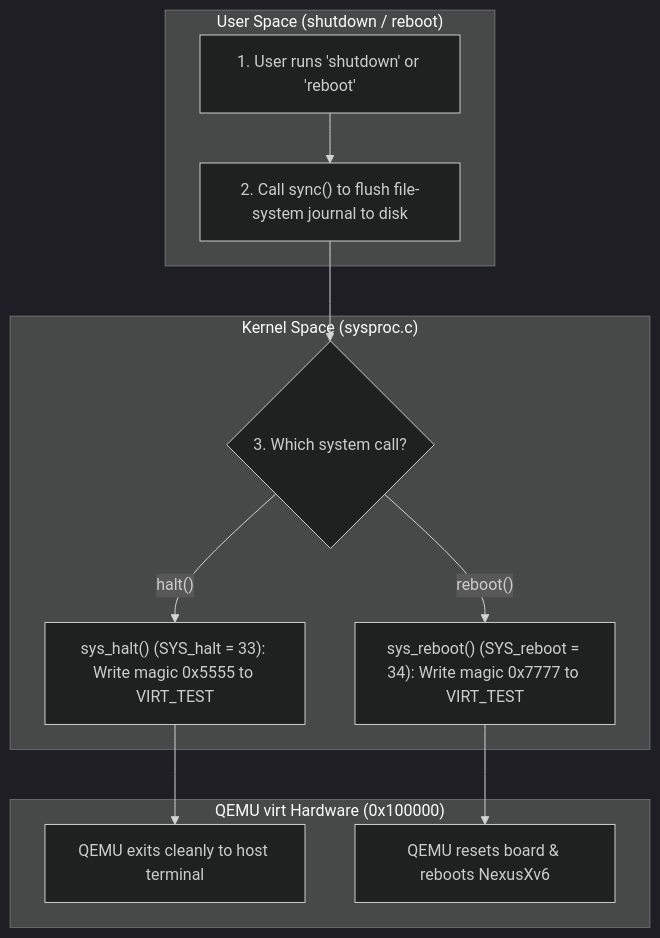
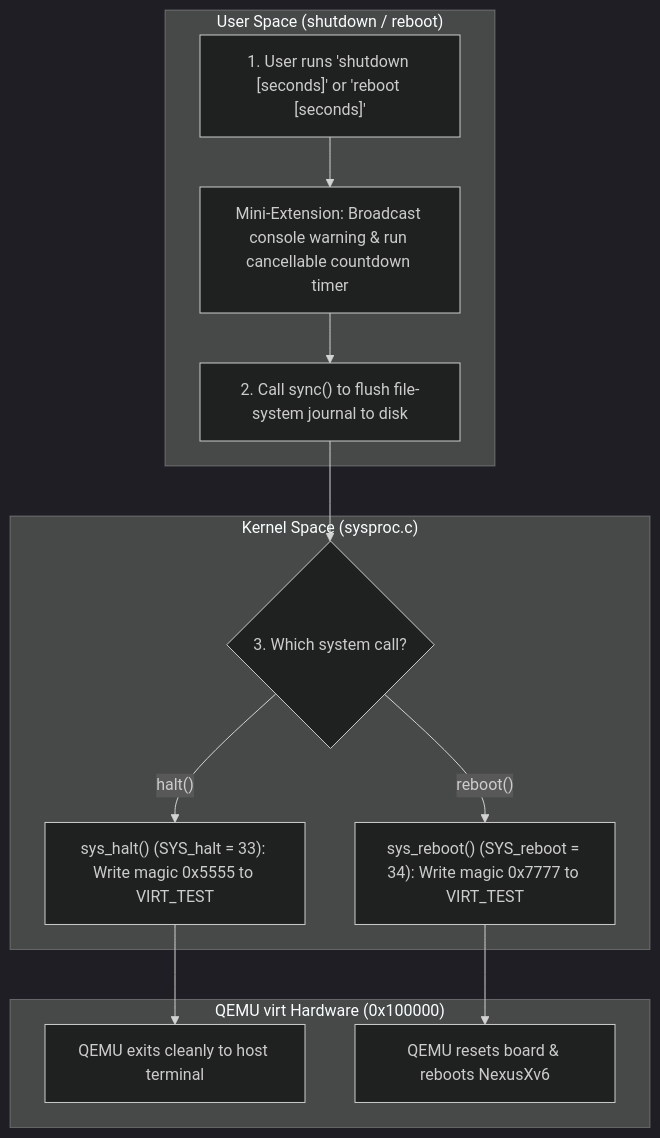
Before and after one commit to asbahkhan67-ctrl/xv6-riscv: diagram 13 of 21 in README.md, drawn with Mermaid (dark theme). The commit also changed other lines of this file, not shown here.

````diff
--- a/README.md
+++ b/README.md
@@ -570,25 +638,26 @@
 ```mermaid
 flowchart TD
     subgraph User["User Space (shutdown / reboot)"]
-        U1["1. User runs 'shutdown' or 'reboot'"]
+        U1["1. User runs 'shutdown [seconds]' or 'reboot [seconds]'"]
+        UM["Mini-Extension: Broadcast console warning & run cancellable countdown timer"]
         U2["2. Call sync() to flush file-system journal to disk"]
-        U1 --> U2
+        U1 --> UM --> U2
     end
 
     subgraph Kernel["Kernel Space (sysproc.c)"]
         K1{"3. Which system call?"}
         K2["sys_halt() (SYS_halt = 33): Write magic 0x5555 to VIRT_TEST"]
         K3["sys_reboot() (SYS_reboot = 34): Write magic 0x7777 to VIRT_TEST"]
         K1 -- "halt()" --> K2
         K1 -- "reboot()" --> K3
     end
 
     subgraph QEMU["QEMU virt Hardware (0x100000)"]
         Q1["QEMU exits cleanly to host terminal"]
         Q2["QEMU resets board & reboots NexusXv6"]
     end
 
     U2 --> K1
     K2 --> Q1
     K3 --> Q2
 ```
````
